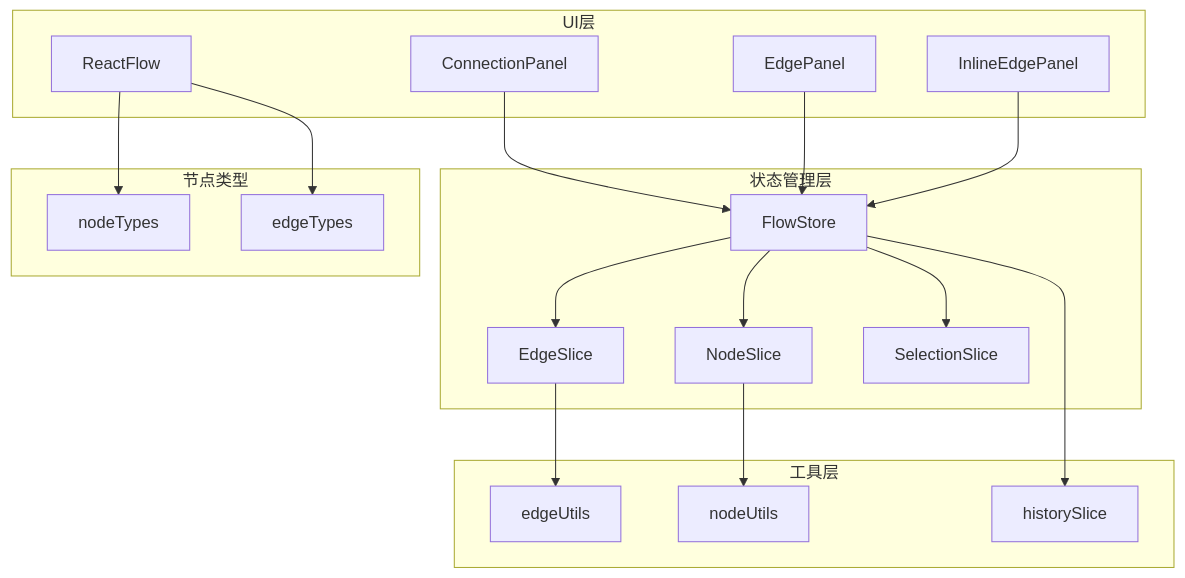
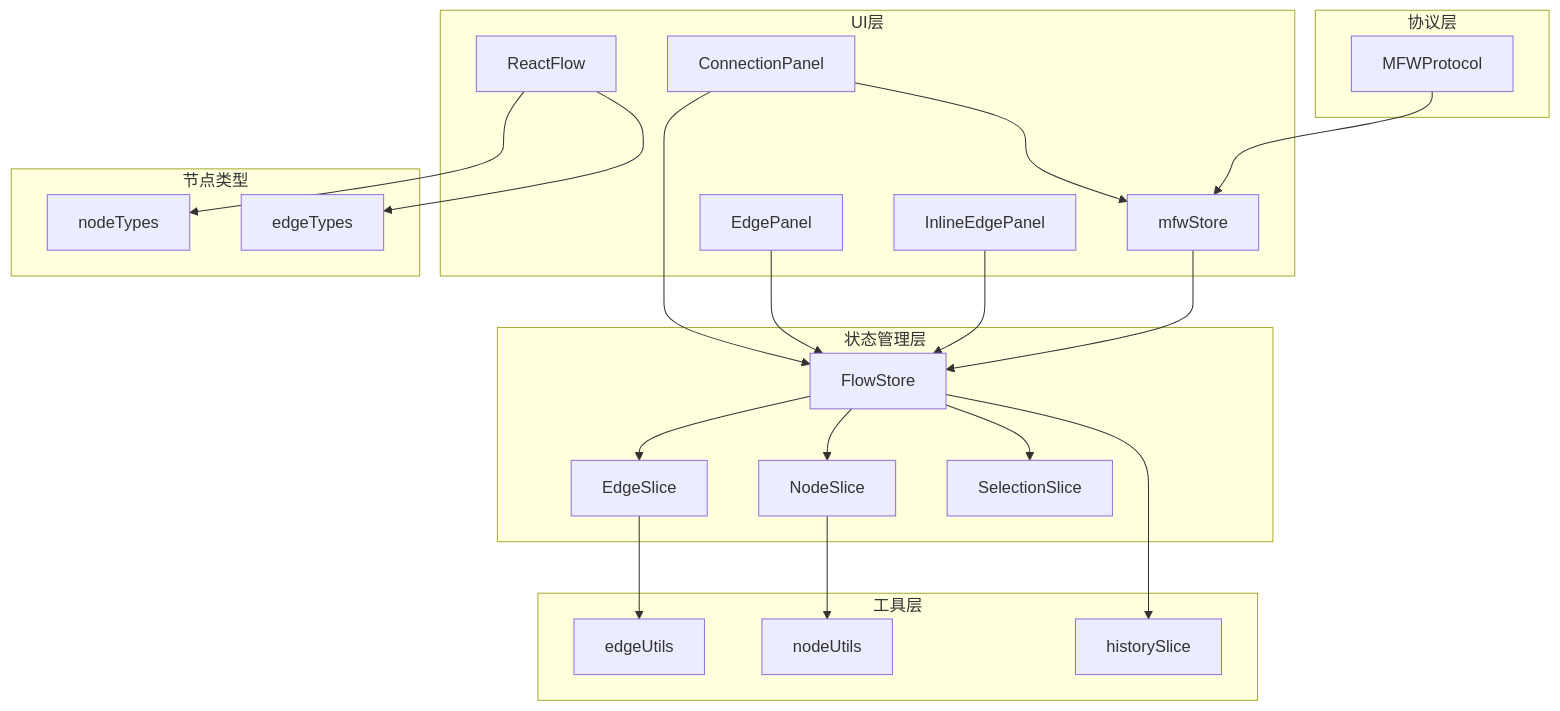
Before and after one commit to kqcoxn/MaaPipelineEditor: the eighth of 8 diagrams in .qoder/repowiki/zh/content/用户界面/面板系统/连接面板.md, drawn with Mermaid. The commit also changed other lines of this file and 17 other files, not shown here.

````diff
--- a/.qoder/repowiki/zh/content/用户界面/面板系统/连接面板.md
+++ b/.qoder/repowiki/zh/content/用户界面/面板系统/连接面板.md
@@ -366,35 +414,42 @@
 ```mermaid
 graph TB
 subgraph "UI层"
 CP[ConnectionPanel]
 EP[EdgePanel]
 IEP[InlineEdgePanel]
 RF[ReactFlow]
+MFW[mfwStore]
 end
 subgraph "状态管理层"
 FS[FlowStore]
 ES[EdgeSlice]
 NS[NodeSlice]
 SS[SelectionSlice]
+end
+subgraph "协议层"
+MFWP[MFWProtocol]
 end
 subgraph "工具层"
 EU[edgeUtils]
 NU[nodeUtils]
 HC[historySlice]
 end
 subgraph "节点类型"
 NT[nodeTypes]
 ET[edgeTypes]
 end
 CP --> FS
+CP --> MFW
 EP --> FS
 IEP --> FS
 FS --> ES
 FS --> NS
 FS --> SS
 ES --> EU
 NS --> NU
 FS --> HC
 RF --> NT
 RF --> ET
+MFWP --> MFW
+MFW --> FS
 ```
````
